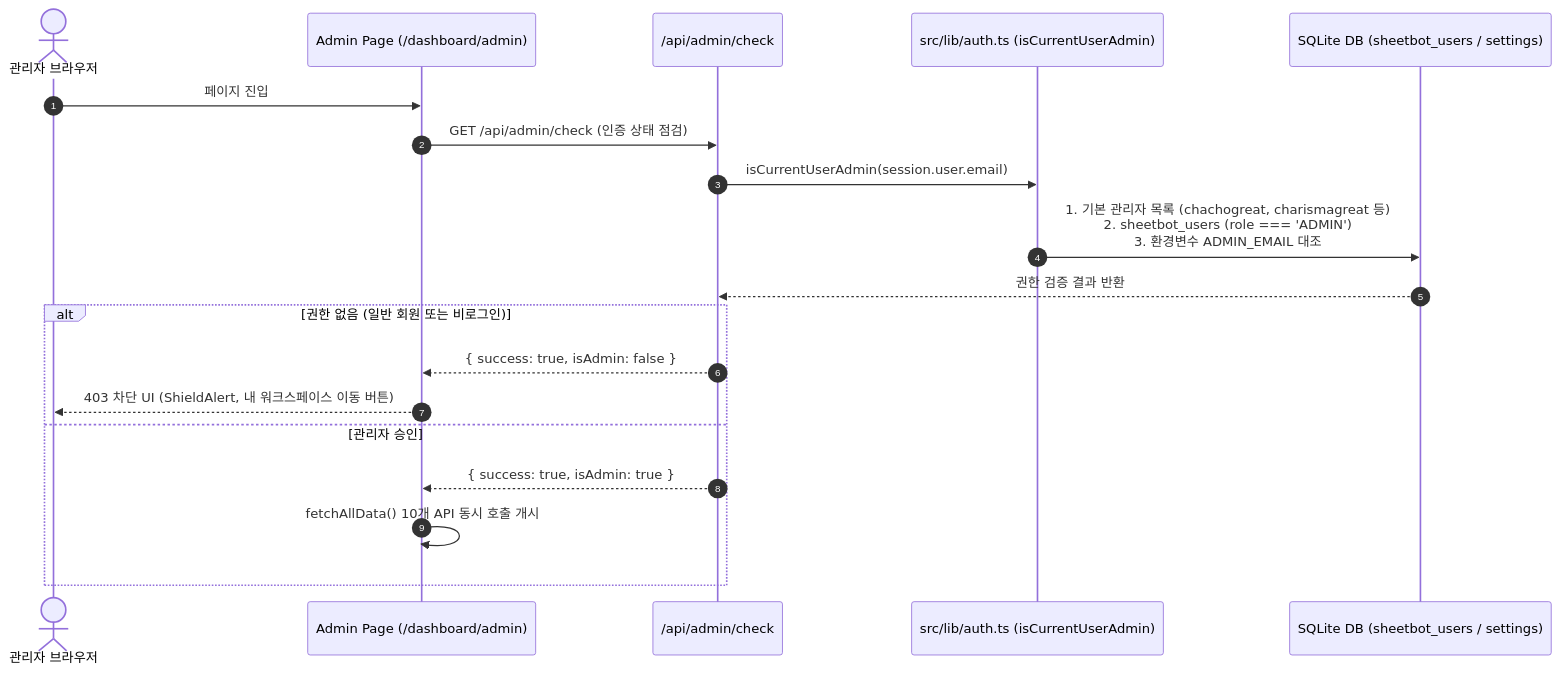
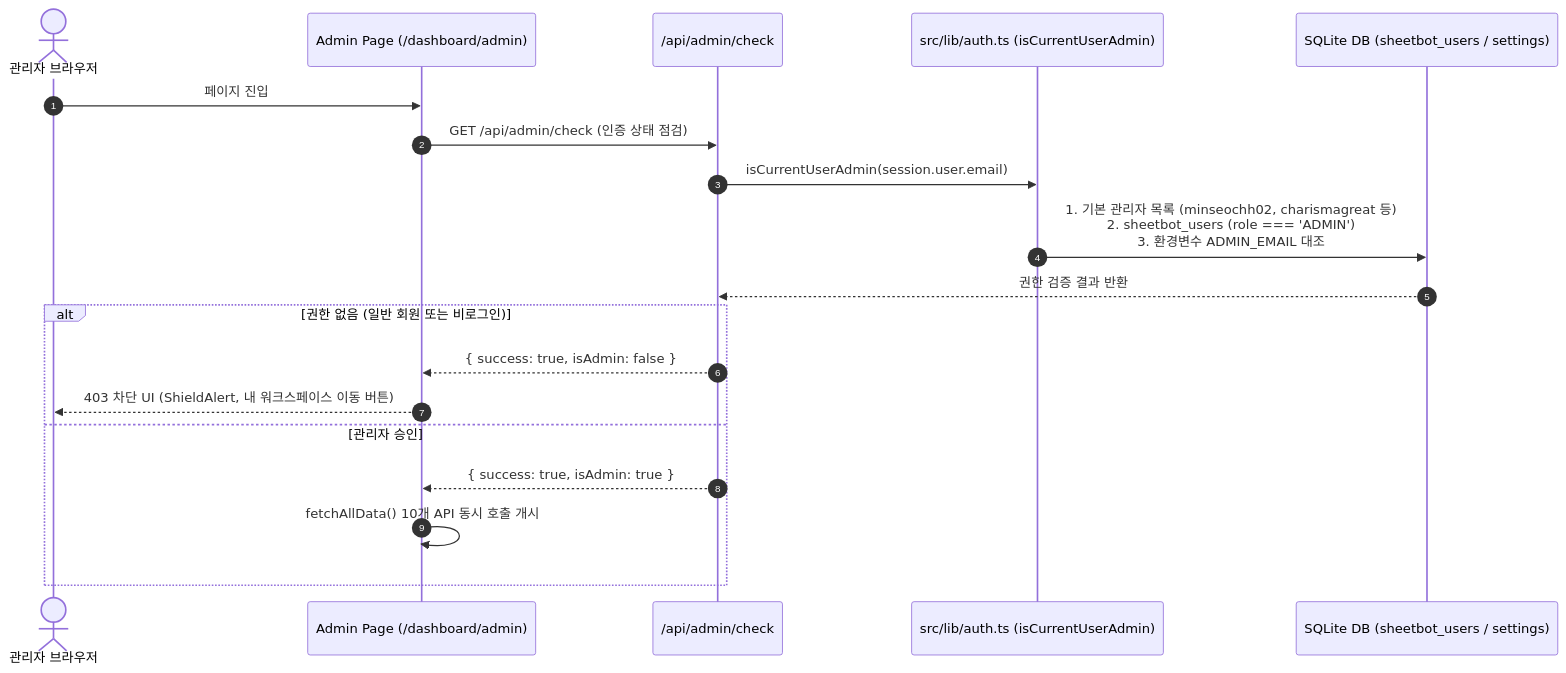
The diagram in ADMIN_CONSOLE_STRUCTURE.md (Charismagreat/SheetBot), drawn with Mermaid before and after one commit. The commit also changed 15 other files, not shown here.

````diff
--- a/ADMIN_CONSOLE_STRUCTURE.md
+++ b/ADMIN_CONSOLE_STRUCTURE.md
@@ -22,22 +22,22 @@
 ```mermaid
 sequenceDiagram
     autonumber
     actor Admin as 관리자 브라우저
     participant Page as Admin Page (/dashboard/admin)
     participant CheckAPI as /api/admin/check
     participant Auth as src/lib/auth.ts (isCurrentUserAdmin)
     participant DB as SQLite DB (sheetbot_users / settings)
 
     Admin->>Page: 페이지 진입
     Page->>CheckAPI: GET /api/admin/check (인증 상태 점검)
     CheckAPI->>Auth: isCurrentUserAdmin(session.user.email)
-    Auth->>DB: 1. 기본 관리자 목록 (chachogreat, charismagreat 등)<br/>2. sheetbot_users (role === 'ADMIN')<br/>3. 환경변수 ADMIN_EMAIL 대조
+    Auth->>DB: 1. 기본 관리자 목록 (minseochh02, charismagreat 등)<br/>2. sheetbot_users (role === 'ADMIN')<br/>3. 환경변수 ADMIN_EMAIL 대조
     DB-->>CheckAPI: 권한 검증 결과 반환
     alt 권한 없음 (일반 회원 또는 비로그인)
         CheckAPI-->>Page: { success: true, isAdmin: false }
         Page-->>Admin: 403 차단 UI (ShieldAlert, 내 워크스페이스 이동 버튼)
     else 관리자 승인
         CheckAPI-->>Page: { success: true, isAdmin: true }
         Page->>Page: fetchAllData() 10개 API 동시 호출 개시
     end
 ```
````
